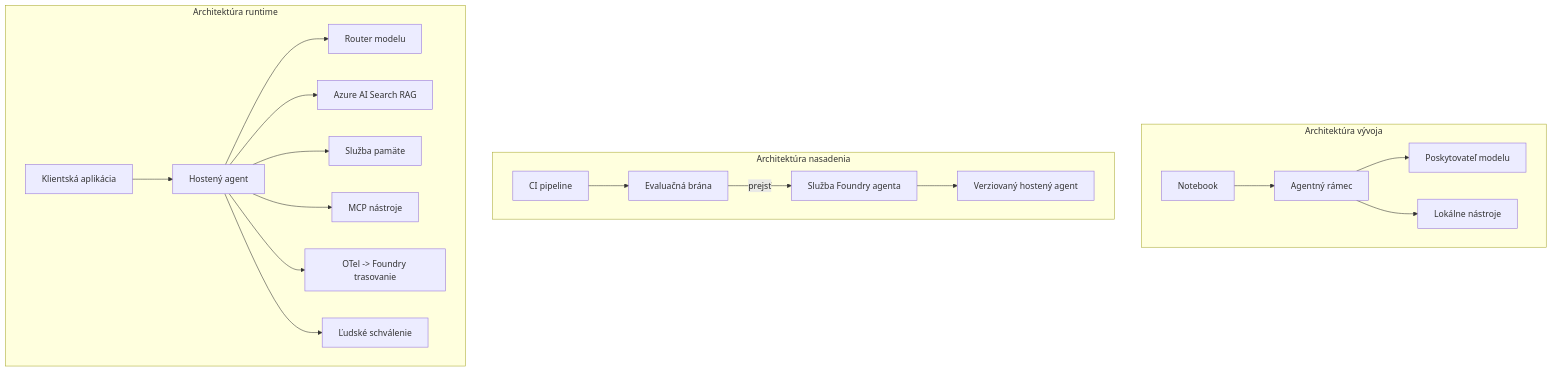
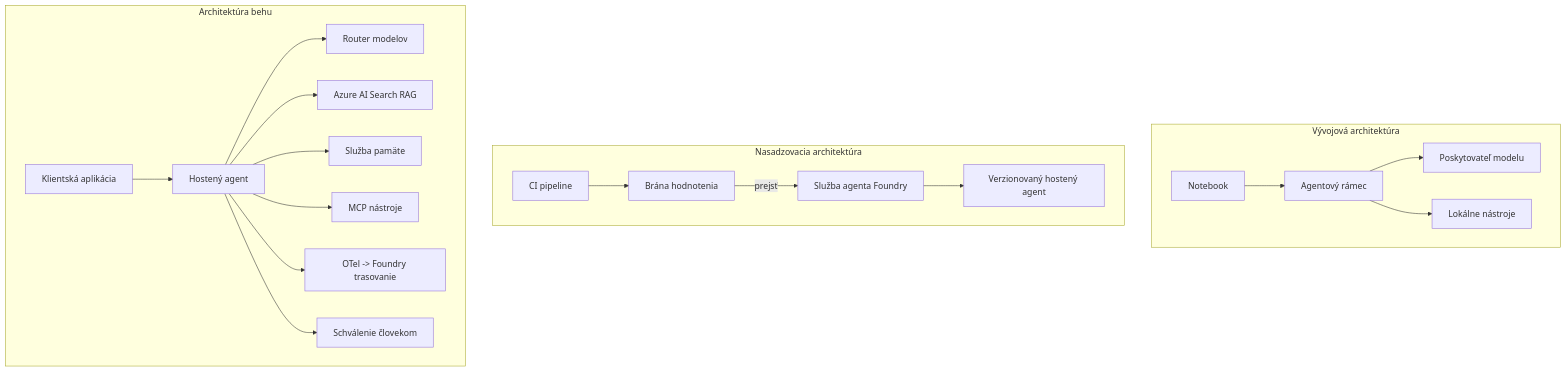
One commit to gabrielmoreira/agent-skills-mirror changed the fourth of 4 diagrams in mirrors/repos/microsoft@ai-agents-for-beginners/translations/sk/16-deploying-scalable-agents/README.md. Above: the diagram before and after it, drawn with Mermaid. The commit also changed other lines of this file and 4262 other files, not shown here.

````diff
--- a/mirrors/repos/microsoft@ai-agents-for-beginners/translations/sk/16-deploying-scalable-agents/README.md
+++ b/mirrors/repos/microsoft@ai-agents-for-beginners/translations/sk/16-deploying-scalable-agents/README.md
@@ -185,22 +185,22 @@
 ```mermaid
 flowchart TB
-    subgraph Dev[Architektúra vývoja]
-        D1[Notebook] --> D2[Agentný rámec]
+    subgraph Dev[Vývojová architektúra]
+        D1[Notebook] --> D2[Agentový rámec]
         D2 --> D3[Poskytovateľ modelu]
         D2 --> D4[Lokálne nástroje]
     end
-    subgraph Deploy[Architektúra nasadenia]
-        E1[CI pipeline] --> E2[Evaluačná brána]
-        E2 -->|prejsť| E3[Služba Foundry agenta]
-        E3 --> E4[Verziovaný hostený agent]
+    subgraph Deploy[Nasadzovacia architektúra]
+        E1[CI pipeline] --> E2[Brána hodnotenia]
+        E2 -->|prejsť| E3[Služba agenta Foundry]
+        E3 --> E4[Verzionovaný hostený agent]
     end
-    subgraph Run[Architektúra runtime]
+    subgraph Run[Architektúra behu]
         F1[Klientská aplikácia] --> F2[Hostený agent]
-        F2 --> F3[Router modelu]
+        F2 --> F3[Router modelov]
         F2 --> F4[Azure AI Search RAG]
         F2 --> F5[Služba pamäte]
         F2 --> F6[MCP nástroje]
         F2 --> F7[OTel -> Foundry trasovanie]
-        F2 --> F8[Ľudské schválenie]
+        F2 --> F8[Schválenie človekom]
     end
 ```
````
